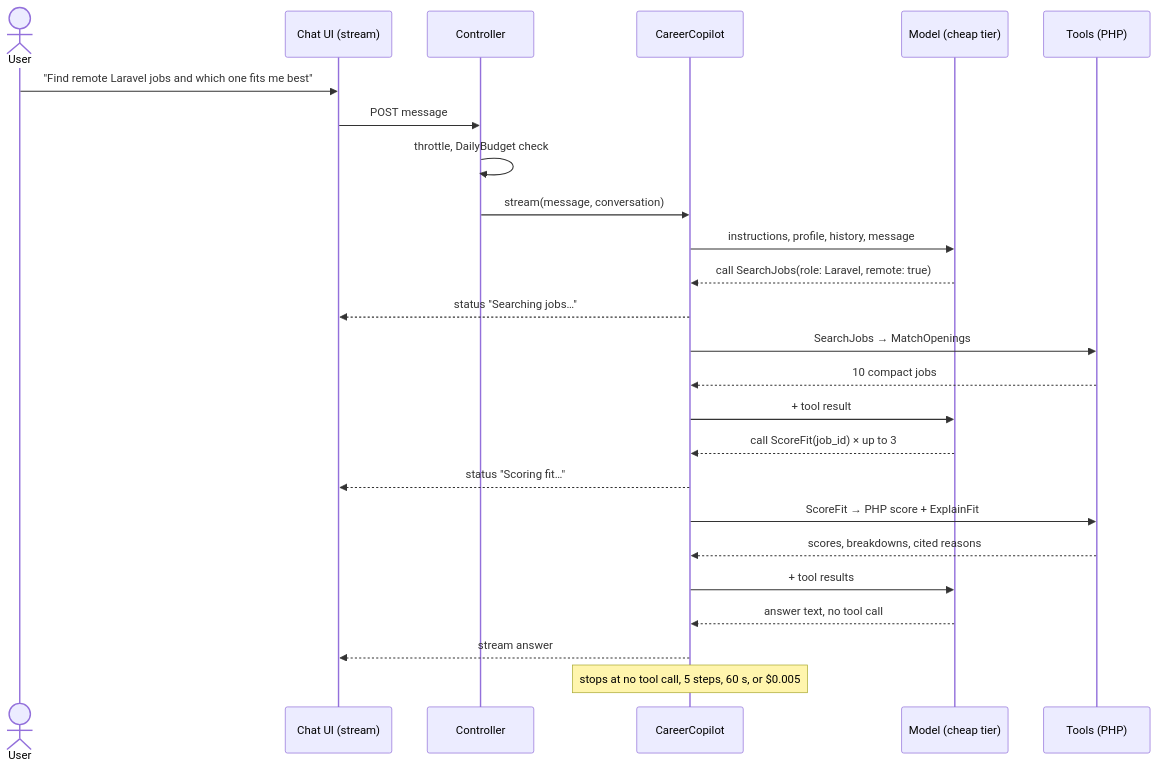
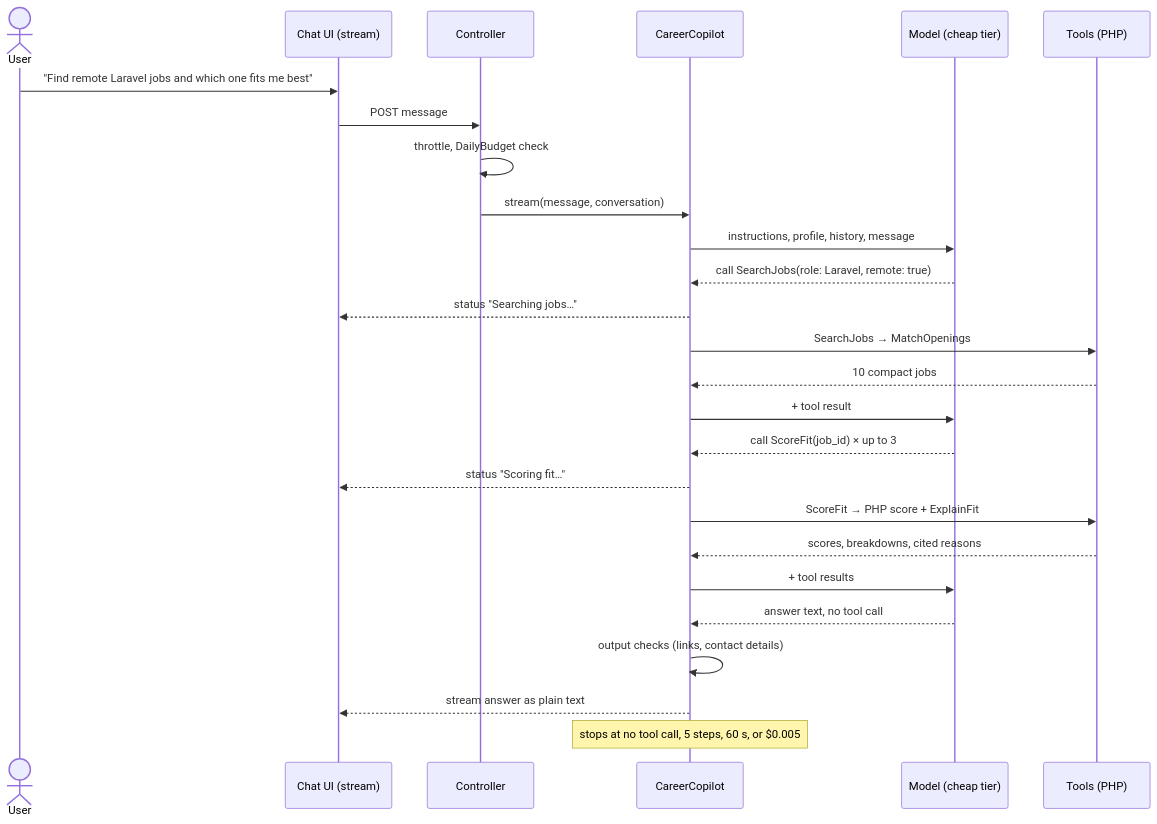
The diagram in docs/agent-design.md (nugi/ai-career-copilot), drawn with Mermaid before and after one commit. The commit also changed other lines of this file, not shown here.

First line of the commit message:
docs: add output checks to the copilot design (#81)

````diff
--- a/docs/agent-design.md
+++ b/docs/agent-design.md
@@ -75,28 +91,29 @@
 ```mermaid
 sequenceDiagram
     actor User
     participant UI as Chat UI (stream)
     participant App as Controller
     participant Copilot as CareerCopilot
     participant Model as Model (cheap tier)
     participant Tools as Tools (PHP)
 
     User->>UI: "Find remote Laravel jobs and which one fits me best"
     UI->>App: POST message
     App->>App: throttle, DailyBudget check
     App->>Copilot: stream(message, conversation)
     Copilot->>Model: instructions, profile, history, message
     Model-->>Copilot: call SearchJobs(role: Laravel, remote: true)
     Copilot-->>UI: status "Searching jobs…"
     Copilot->>Tools: SearchJobs → MatchOpenings
     Tools-->>Copilot: 10 compact jobs
     Copilot->>Model: + tool result
     Model-->>Copilot: call ScoreFit(job_id) × up to 3
     Copilot-->>UI: status "Scoring fit…"
     Copilot->>Tools: ScoreFit → PHP score + ExplainFit
     Tools-->>Copilot: scores, breakdowns, cited reasons
     Copilot->>Model: + tool results
     Model-->>Copilot: answer text, no tool call
-    Copilot-->>UI: stream answer
+    Copilot->>Copilot: output checks (links, contact details)
+    Copilot-->>UI: stream answer as plain text
     Note over Copilot: stops at no tool call, 5 steps, 60 s, or $0.005
 ```
````
